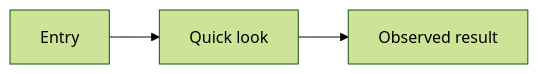
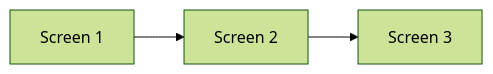
The diagram in docs/apple-notes/flows/quick-look/README.md (Dev-Corgi/Notes-Clone), drawn with Mermaid (forest theme) before and after one commit. The commit also changed other lines of this file and 100 other files, not shown here.

Commit message:
docs: verify Notes and scanning flows

````diff
--- a/docs/apple-notes/flows/quick-look/README.md
+++ b/docs/apple-notes/flows/quick-look/README.md
@@ -9,5 +10,8 @@
 ```mermaid
 flowchart LR
-  A[Entry] --> B[Quick look]
-  B --> C[Observed result]
+  S1[Screen 1]
+  S2[Screen 2]
+  S3[Screen 3]
+  S1 --> S2
+  S2 --> S3
 ```
````
